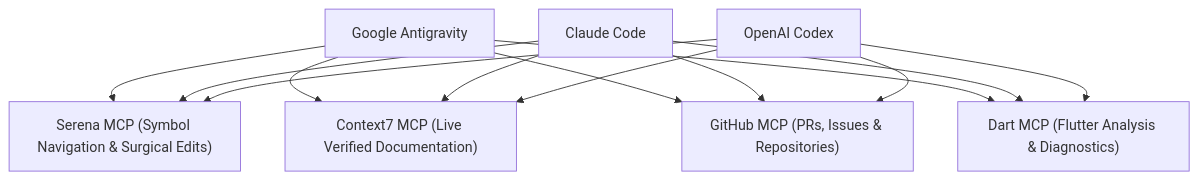
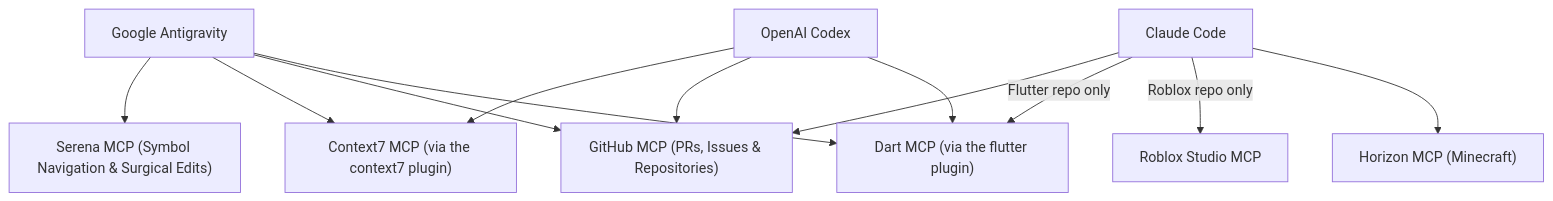
The diagram in strata/30-dev/ai/README.md (CsPS0/csps-stratum), drawn with Mermaid before and after one commit. The commit also changed other lines of this file and 5 other files, not shown here.

````diff
--- a/strata/30-dev/ai/README.md
+++ b/strata/30-dev/ai/README.md
@@ -21,18 +21,17 @@
 ```mermaid
 graph TD
     AGY["Google Antigravity"] --> Serena["Serena MCP (Symbol Navigation & Surgical Edits)"]
-    Claude["Claude Code"] --> Serena
-    Codex["OpenAI Codex"] --> Serena
-
-    AGY --> Context7["Context7 MCP (Live Verified Documentation)"]
-    Claude --> Context7
-    Codex --> Context7
+    AGY --> Context7["Context7 MCP (via the context7 plugin)"]
+    Codex["OpenAI Codex"] --> Context7
 
     AGY --> GH["GitHub MCP (PRs, Issues & Repositories)"]
-    Claude --> GH
+    Claude["Claude Code"] --> GH
     Codex --> GH
 
-    AGY --> DartMCP["Dart MCP (Flutter Analysis & Diagnostics)"]
-    Claude --> DartMCP
+    AGY --> DartMCP["Dart MCP (via the flutter plugin)"]
+    Claude -->|"Flutter repo only"| DartMCP
     Codex --> DartMCP
+
+    Claude -->|"Roblox repo only"| Roblox["Roblox Studio MCP"]
+    Claude --> Horizon["Horizon MCP (Minecraft)"]
 ```
````
